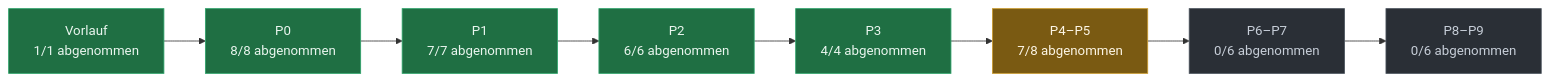
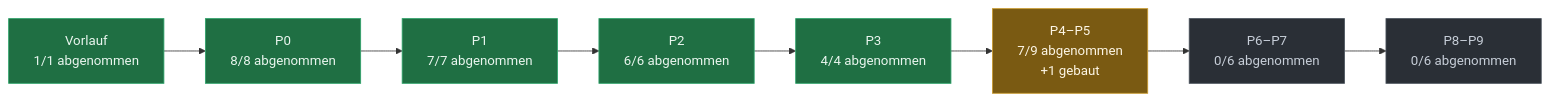
Before and after one commit to evenacadia-tech/Nakama: the diagram in docs/PLAN-STAND.md, drawn with Mermaid. The commit also changed other lines of this file, not shown here.

Commit message:
Planstand gerechnet nach NAK-288 (S25f gebaut, T1 PASS; T2 offen)

````diff
--- a/docs/PLAN-STAND.md
+++ b/docs/PLAN-STAND.md
@@ -35,21 +35,21 @@
 ```mermaid
 flowchart LR
   P0["Vorlauf<br/>1/1 abgenommen"]:::fertig
   P1["P0<br/>8/8 abgenommen"]:::fertig
   P0 --> P1
   P2["P1<br/>7/7 abgenommen"]:::fertig
   P1 --> P2
   P3["P2<br/>6/6 abgenommen"]:::fertig
   P2 --> P3
   P4["P3<br/>4/4 abgenommen"]:::fertig
   P3 --> P4
-  P5["P4–P5<br/>7/8 abgenommen"]:::laeuft
+  P5["P4–P5<br/>7/9 abgenommen<br/>+1 gebaut"]:::laeuft
   P4 --> P5
   P6["P6–P7<br/>0/6 abgenommen"]:::offen
   P5 --> P6
   P7["P8–P9<br/>0/6 abgenommen"]:::offen
   P6 --> P7
   classDef fertig fill:#1f6f43,stroke:#2ea36a,color:#eaf6ef
   classDef laeuft fill:#7a5a12,stroke:#c99a2e,color:#fdf6e6
   classDef offen  fill:#2a2f36,stroke:#4a525c,color:#c7ced8
 ```
````
